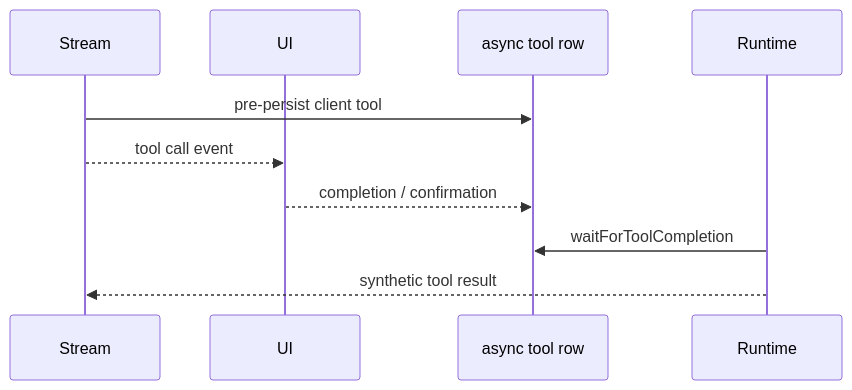
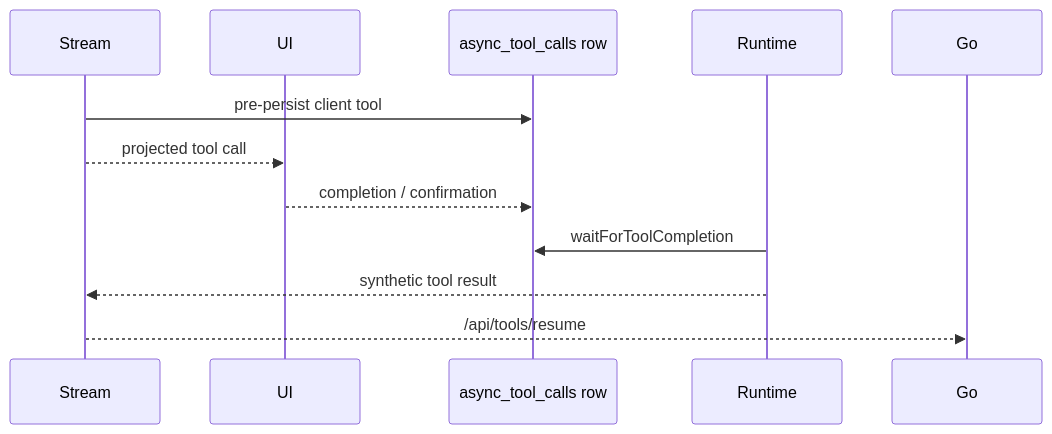
One commit to nfbs2000/speaky-sim changed the fifth of 5 diagrams in site/docs/mothership-contract/12-tool-result-ownership.md. Above: the diagram before and after it, drawn with Mermaid. The commit also changed other lines of this file and 5 other files, not shown here.

````diff
--- a/site/docs/mothership-contract/12-tool-result-ownership.md
+++ b/site/docs/mothership-contract/12-tool-result-ownership.md
@@ -78,13 +114,15 @@
 ```mermaid
 sequenceDiagram
   participant Stream
   participant UI
-  participant Async as async tool row
+  participant Async as async_tool_calls row
   participant Runtime
+  participant Go
 
   Stream->>Async: pre-persist client tool
-  Stream-->>UI: tool call event
+  Stream-->>UI: projected tool call
   UI-->>Async: completion / confirmation
   Runtime->>Async: waitForToolCompletion
   Runtime-->>Stream: synthetic tool result
+  Stream-->>Go: /api/tools/resume
 ```
````
